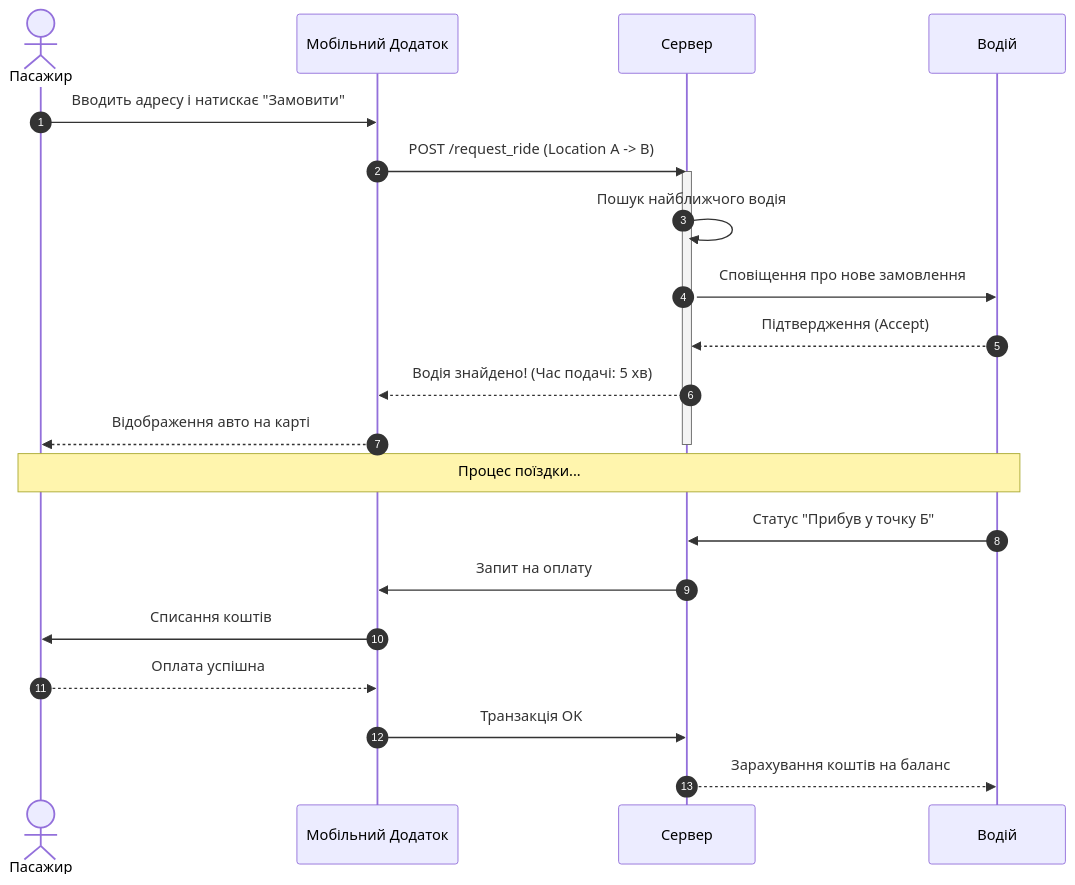
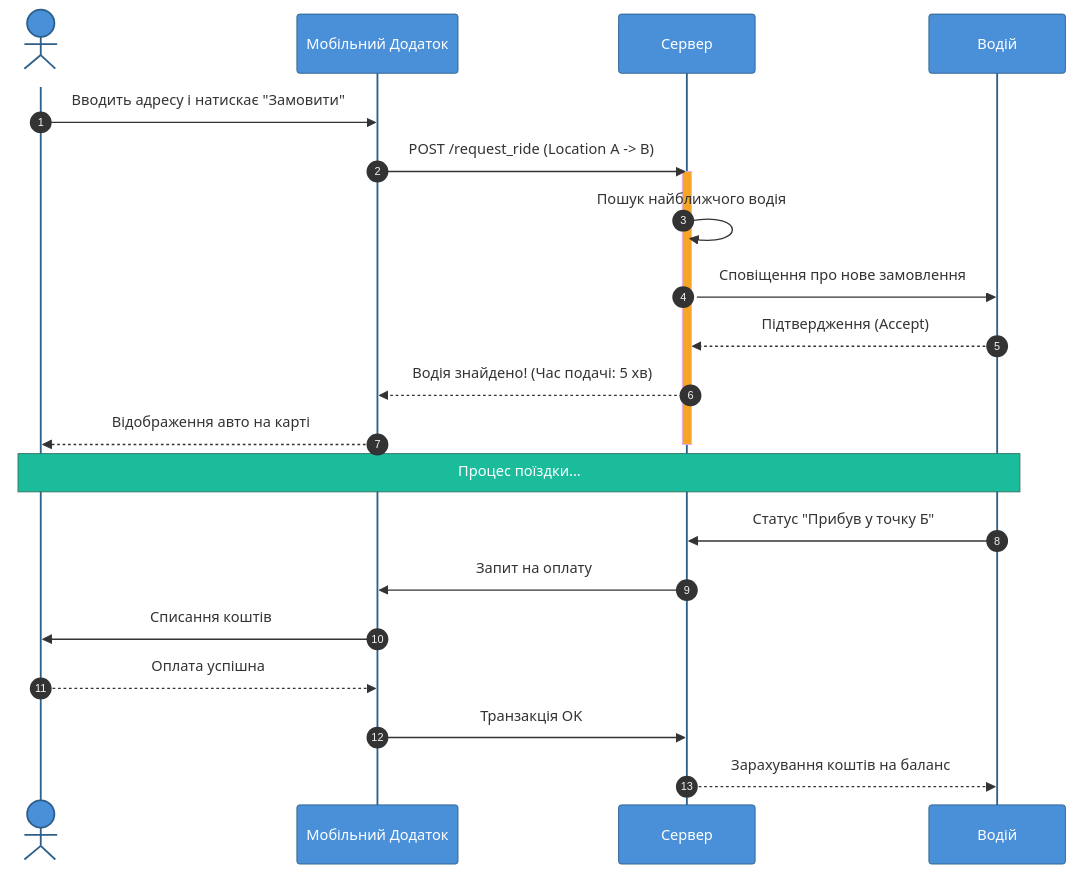
The second of 3 diagrams in diagram.md (Leg1on233/pz-UML), drawn with Mermaid before and after one commit. The commit also changed other lines of this file, not shown here.

````diff
--- a/diagram.md
+++ b/diagram.md
@@ -40,31 +48,28 @@
 ```mermaid
+%%{init: {"theme": "base", "themeVariables": {"actorBkg": "#4A90D9", "actorBorder": "#2C5F8A", "actorTextColor": "#fff", "activationBkgColor": "#F5A623", "noteBkgColor": "#1ABC9C", "noteTextColor": "#fff", "signalTextColor": "#333"}}}%%
 sequenceDiagram
     autonumber
     actor Pas as Пасажир
     participant App as Мобільний Додаток
     participant Server as Сервер
     participant Drv as Водій
 
     Pas->>App: Вводить адресу і натискає "Замовити"
     App->>Server: POST /request_ride (Location A -> B)
     activate Server
-    
     Server->>Server: Пошук найближчого водія
-    
     Server->>Drv: Сповіщення про нове замовлення
     Drv-->>Server: Підтвердження (Accept)
-    
     Server-->>App: Водія знайдено! (Час подачі: 5 хв)
     App-->>Pas: Відображення авто на карті
     deactivate Server
 
     Note over Pas, Drv: Процес поїздки...
 
     Drv->>Server: Статус "Прибув у точку Б"
     Server->>App: Запит на оплату
     App->>Pas: Списання коштів
     Pas-->>App: Оплата успішна
-    
     App->>Server: Транзакція OK
     Server-->>Drv: Зарахування коштів на баланс
 ```
````
